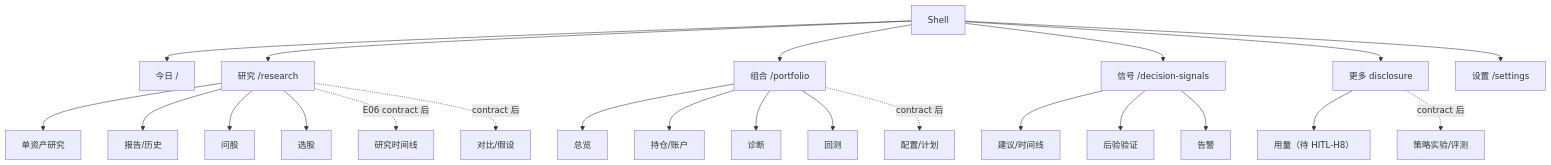
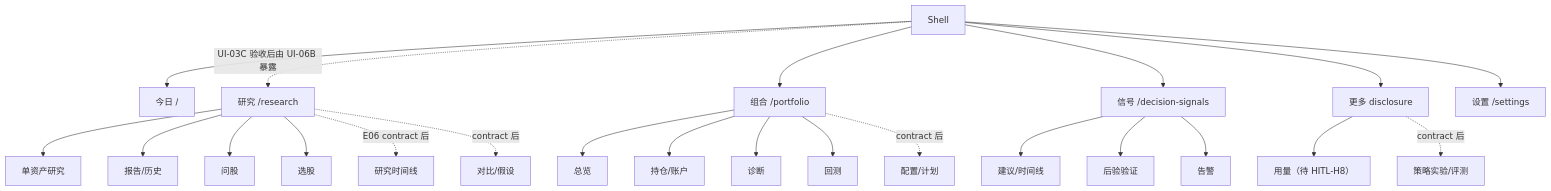
One commit to SiinXu/stock-pulse-ai changed the second of 2 diagrams in docs/stockpulse-ui-information-architecture.md. Above: the diagram before and after it, drawn with Mermaid. The commit also changed other lines of this file and 1 other file, not shown here.

````diff
--- a/docs/stockpulse-ui-information-architecture.md
+++ b/docs/stockpulse-ui-information-architecture.md
@@ -191,29 +197,29 @@
 ```mermaid
 flowchart TD
   Shell --> Today[今日 /]
-  Shell --> Research[研究 /research]
+  Shell -. UI-03C 验收后由 UI-06B 暴露 .-> Research[研究 /research]
   Shell --> PortfolioIA[组合 /portfolio]
   Shell --> SignalIA[信号 /decision-signals]
   Shell --> More[更多 disclosure]
   Shell --> SettingsIA[设置 /settings]
 
   Research --> Asset[单资产研究]
   Research --> Reports[报告/历史]
   Research --> Ask[问股]
   Research --> ScreeningIA[选股]
   Research -. E06 contract 后 .-> Timeline[研究时间线]
   Research -. contract 后 .-> Compare[对比/假设]
 
   PortfolioIA --> Overview[总览]
   PortfolioIA --> Positions[持仓/账户]
   PortfolioIA --> Diagnostics[诊断]
   PortfolioIA --> BacktestIA[回测]
   PortfolioIA -. contract 后 .-> Allocation[配置/计划]
 
   SignalIA --> SignalList[建议/时间线]
   SignalIA --> Validation[后验验证]
   SignalIA --> AlertIA[告警]
 
   More --> UsageIA[用量（待 HITL-H8）]
   More -. contract 后 .-> Experiments[策略实验/评测]
 ```
````
